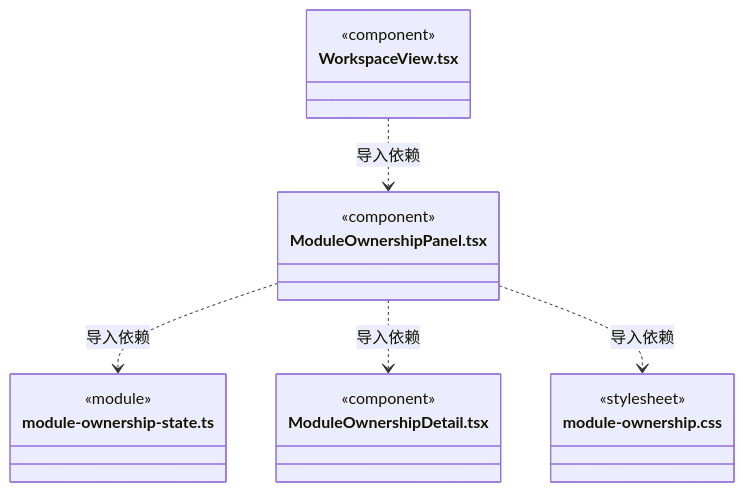
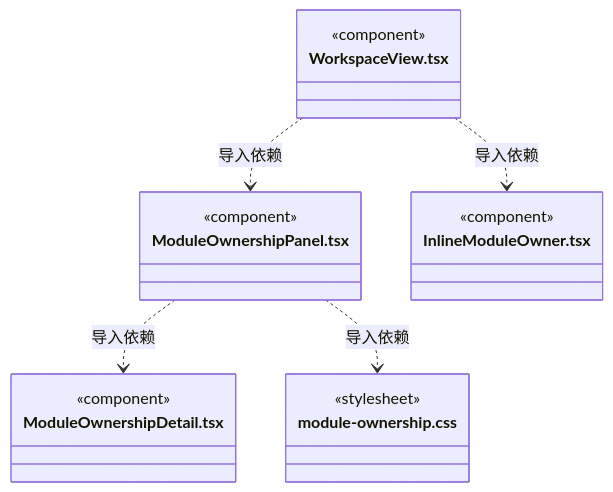
Before and after one commit to nan023062/cbim: diagram 17 of 18 in src/frontend/workspace/ARCHITECTURE.md, drawn with Mermaid. The commit also changed other lines of this file and 20 other files, not shown here.

Commit message:
feat: assign module owners inline with icon actions (#17)

````diff
--- a/src/frontend/workspace/ARCHITECTURE.md
+++ b/src/frontend/workspace/ARCHITECTURE.md
@@ -191,22 +299,22 @@
 ```mermaid
 classDiagram
 class N_src_frontend_workspace_ModuleOwnershipPanel_tsx["ModuleOwnershipPanel.tsx"] {
   <<component>>
-}
-class N_src_frontend_workspace_module_ownership_state_ts["module-ownership-state.ts"] {
-  <<module>>
 }
 class N_src_frontend_workspace_ModuleOwnershipDetail_tsx["ModuleOwnershipDetail.tsx"] {
   <<component>>
 }
 class N_src_frontend_workspace_module_ownership_css["module-ownership.css"] {
   <<stylesheet>>
 }
 class N_src_frontend_workspace_WorkspaceView_tsx["WorkspaceView.tsx"] {
   <<component>>
 }
-N_src_frontend_workspace_ModuleOwnershipPanel_tsx ..> N_src_frontend_workspace_module_ownership_state_ts : 导入依赖
+class N_src_frontend_workspace_InlineModuleOwner_tsx["InlineModuleOwner.tsx"] {
+  <<component>>
+}
 N_src_frontend_workspace_ModuleOwnershipPanel_tsx ..> N_src_frontend_workspace_ModuleOwnershipDetail_tsx : 导入依赖
 N_src_frontend_workspace_ModuleOwnershipPanel_tsx ..> N_src_frontend_workspace_module_ownership_css : 导入依赖
 N_src_frontend_workspace_WorkspaceView_tsx ..> N_src_frontend_workspace_ModuleOwnershipPanel_tsx : 导入依赖
+N_src_frontend_workspace_WorkspaceView_tsx ..> N_src_frontend_workspace_InlineModuleOwner_tsx : 导入依赖
 ```
````
